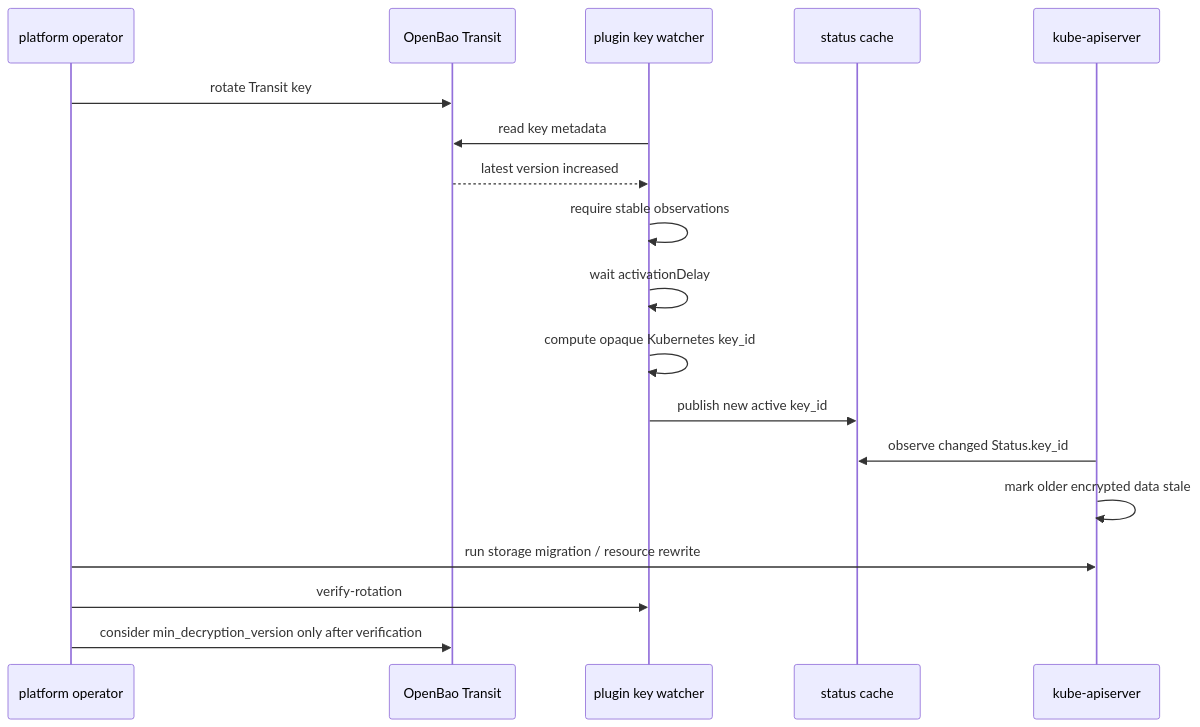
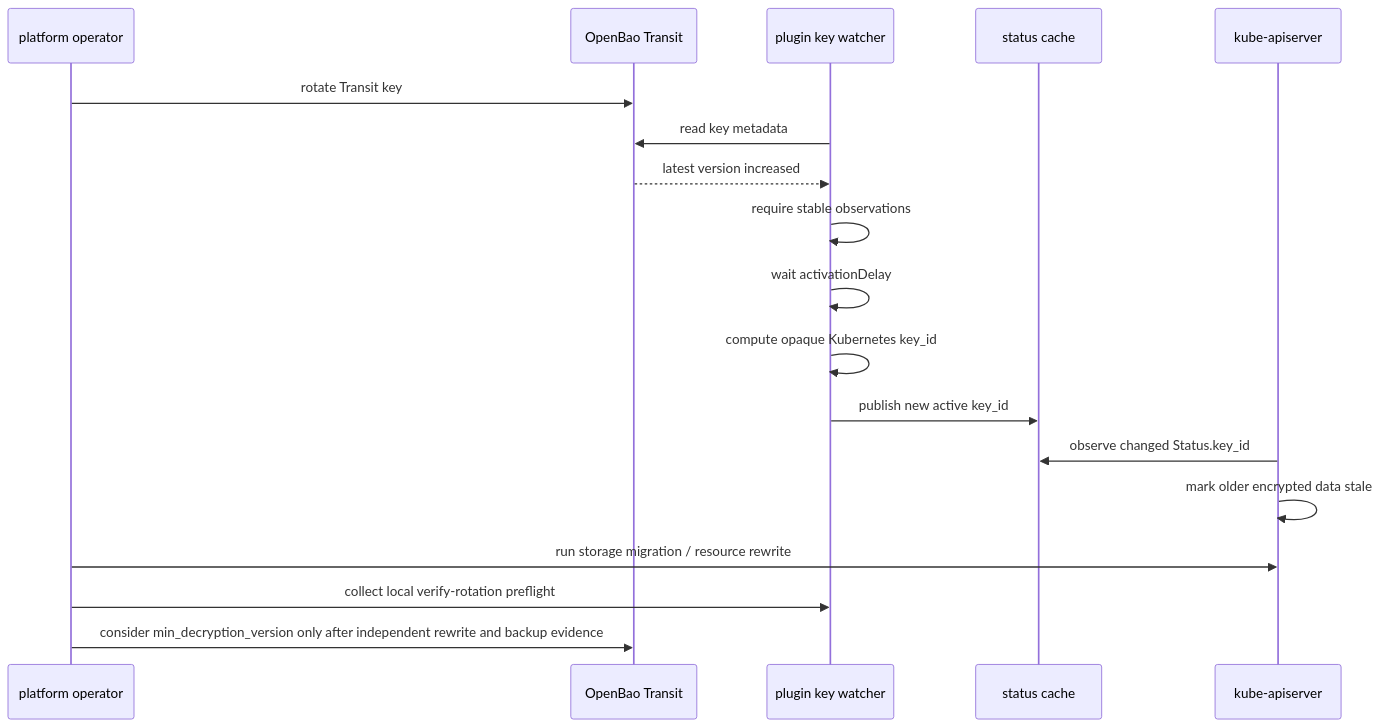
The second of 2 diagrams in docs/architecture/rotation-model.md (dc-tec/openbao-kubernetes-kms), drawn with Mermaid before and after one commit. The commit also changed other lines of this file and 9 other files, not shown here.

````diff
--- a/docs/architecture/rotation-model.md
+++ b/docs/architecture/rotation-model.md
@@ -39,21 +39,21 @@
 ```mermaid
 sequenceDiagram
     participant Operator as platform operator
     participant Bao as OpenBao Transit
     participant Watcher as plugin key watcher
     participant Status as status cache
     participant API as kube-apiserver
 
     Operator->>Bao: rotate Transit key
     Watcher->>Bao: read key metadata
     Bao-->>Watcher: latest version increased
     Watcher->>Watcher: require stable observations
     Watcher->>Watcher: wait activationDelay
     Watcher->>Watcher: compute opaque Kubernetes key_id
     Watcher->>Status: publish new active key_id
     API->>Status: observe changed Status.key_id
     API->>API: mark older encrypted data stale
     Operator->>API: run storage migration / resource rewrite
-    Operator->>Watcher: verify-rotation
-    Operator->>Bao: consider min_decryption_version only after verification
+    Operator->>Watcher: collect local verify-rotation preflight
+    Operator->>Bao: consider min_decryption_version only after independent rewrite and backup evidence
 ```
````
